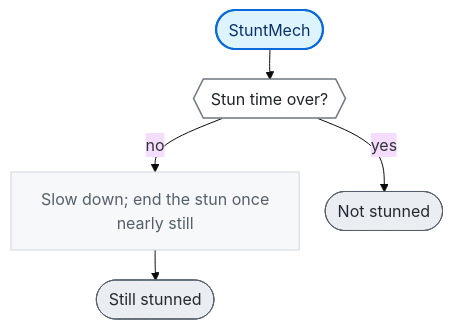
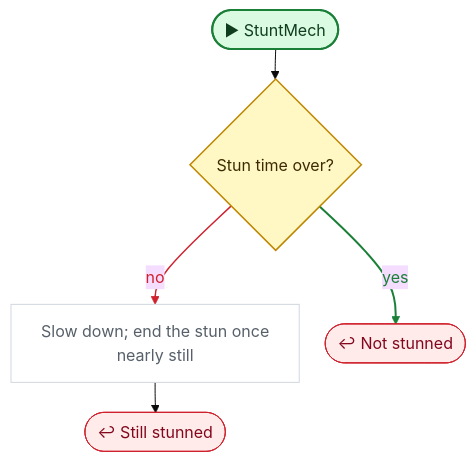
One commit to nataiai/Lord-of-the-Dungeon changed the fourth of 5 diagrams in CodeGraph~/graph/Character.cs.md. Above: the diagram before and after it, drawn with Mermaid (base theme). The commit also changed other lines of this file and 44 other files, not shown here.

````diff
--- a/CodeGraph~/graph/Character.cs.md
+++ b/CodeGraph~/graph/Character.cs.md
@@ -181,33 +197,39 @@
 ```mermaid
 ---
 config:
   flowchart:
     wrappingWidth: 260
     nodeSpacing: 26
     rankSpacing: 30
 ---
 flowchart TD
-  nS(["StuntMech"])
-  n3f9574{{"Stun time over?"}}
+  nS(["▶ StuntMech"])
+  n3f9574{"Stun time over?"}
   n471a06["Slow down; end the stun once<br>nearly still"]
-  n1902d3(["Not stunned"])
-  nb1e3d6(["Still stunned"])
+  n1902d3(["↩ Not stunned"])
+  nb1e3d6(["↩ Still stunned"])
   nS --> n3f9574
   n3f9574 -->|no| n471a06
   n3f9574 -->|yes| n1902d3
   n471a06 --> nb1e3d6
-  classDef unity fill:#fff1c2,stroke:#9a6700,stroke-width:2px,color:#3b2300
-  classDef start fill:#ddf4ff,stroke:#0969da,stroke-width:2px,color:#0a3069
-  classDef calc fill:#f6f8fa,stroke:#d0d7de,color:#57606a
-  classDef calls fill:#ffffff,stroke:#0969da,stroke-width:2.5px,color:#0a3069
-  classDef cond fill:#ffffff,stroke:#6e7781,stroke-width:1.5px,color:#1f2328
-  classDef loop fill:#fbefff,stroke:#8250df,color:#3e1f79
-  classDef exit fill:#eaeef2,stroke:#57606a,color:#24292f
-  classDef wait fill:#fff8f0,stroke:#bc4c00,color:#4d1d00
+  linkStyle 1 stroke:#cf222e,stroke-width:1.5px,color:#cf222e
+  linkStyle 2 stroke:#1a7f37,stroke-width:2px,color:#1a7f37
+  classDef unity fill:#dafbe1,stroke:#1a7f37,stroke-width:2px,color:#0f3d1d
+  classDef start fill:#dafbe1,stroke:#1a7f37,stroke-width:2px,color:#0f3d1d
+  classDef calc fill:#ffffff,stroke:#d0d7de,color:#57606a
+  classDef calls fill:#ddf4ff,stroke:#0969da,stroke-width:2px,color:#0a3069
+  classDef ext fill:#ddf4ff,stroke:#0969da,stroke-width:2px,stroke-dasharray:5 3,color:#0a3069
+  classDef cond fill:#fff8c5,stroke:#bf8700,stroke-width:1.5px,color:#3d2a00
+  classDef loop fill:#f6f8fa,stroke:#57606a,color:#1f2328
+  classDef exit fill:#ffebe9,stroke:#cf222e,color:#82071e
+  classDef kill fill:#ffebe9,stroke:#cf222e,stroke-width:2px,color:#82071e
+  classDef spawn fill:#dafbe1,stroke:#1a7f37,stroke-width:2px,color:#0f3d1d
+  classDef wait fill:#fff1e5,stroke:#bc4c00,color:#4d1d00
   classDef fin fill:#eaeef2,stroke:#8c959f,color:#57606a
   classDef join fill:#d0d7de,stroke:#8c959f,color:#57606a
+  classDef ghdr fill:#f5f9ff,stroke:#f5f9ff,color:#0a3069,font-weight:bold
   class n471a06 calc
   class n3f9574 cond
   class n1902d3,nb1e3d6 exit
   class nS start
 ```
````
